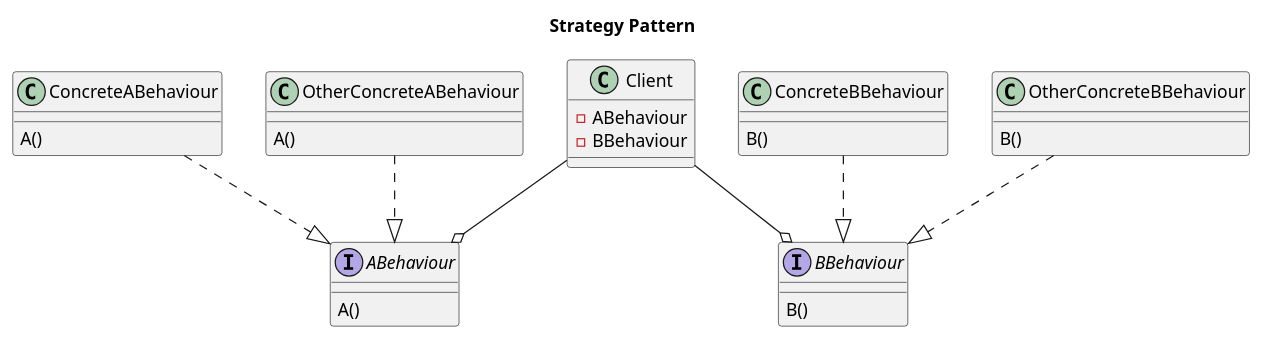
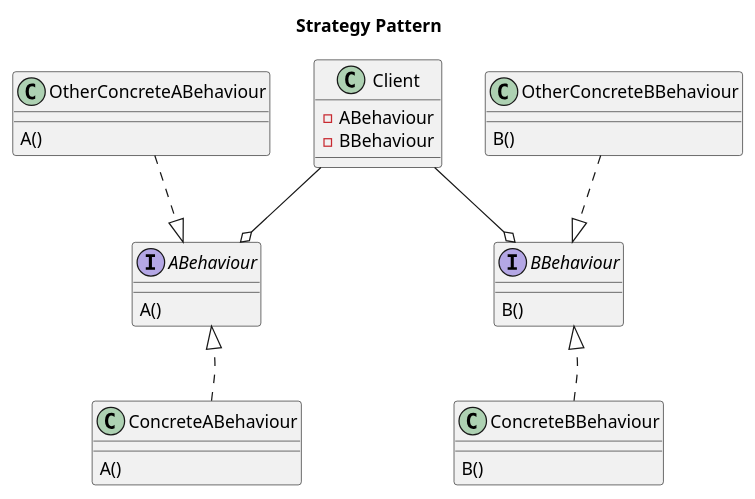
One commit to pepe00486/DesignPatterns changed the diagram in src/main/java/designpatterns/strategy/Strategy.puml. Above: the diagram before and after it, drawn with PlantUML. The commit also changed 27 other files, not shown here.

```diff
--- a/src/main/java/designpatterns/strategy/Strategy.puml
+++ b/src/main/java/designpatterns/strategy/Strategy.puml
@@ -1,43 +1,47 @@
 @startuml
 title Strategy Pattern
 
 interface ABehaviour {
 A()
 }
 
 class ConcreteABehaviour {
 A()
 }
 
 class OtherConcreteABehaviour {
    A()
 }
 
 
 interface BBehaviour {
 B()
 }
 
 class ConcreteBBehaviour {
 B()
 }
 
 class OtherConcreteBBehaviour {
 B()
 }
 
 class Client {
 -ABehaviour
 -BBehaviour
 }
 
 ConcreteABehaviour ..|> ABehaviour
+ABehaviour -down[hidden]- ConcreteABehaviour
+
 OtherConcreteABehaviour ..|> ABehaviour
 
 ConcreteBBehaviour ..|> BBehaviour
+BBehaviour -down[hidden]- ConcreteBBehaviour
+
 OtherConcreteBBehaviour ..|> BBehaviour
 
 Client --o ABehaviour
 Client --o BBehaviour
 
 @enduml
```
